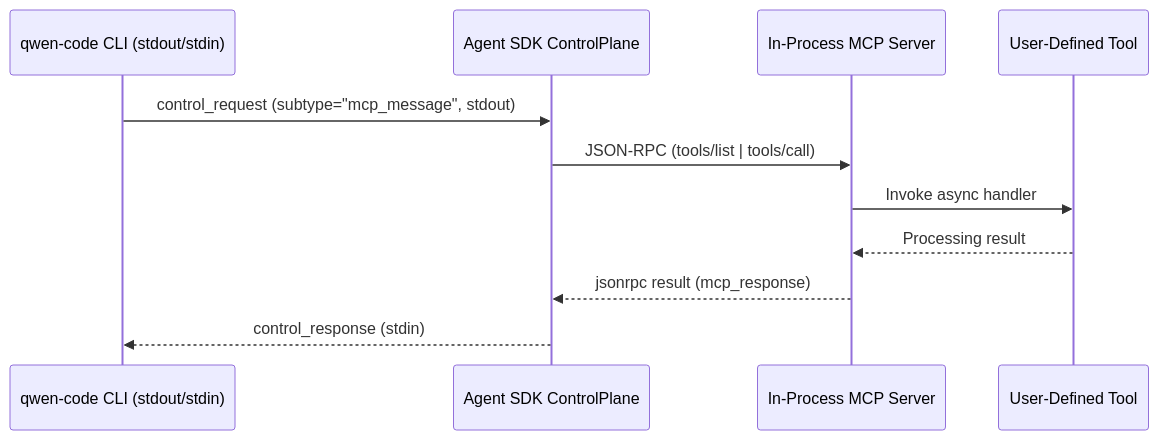
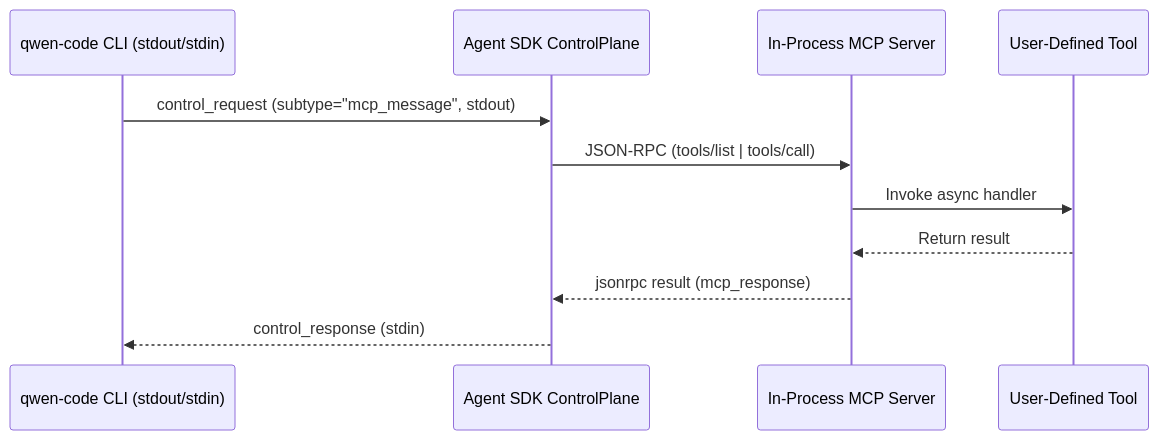
One commit to x22x22/qwen-code changed the second of 2 diagrams in docs/rfc/qwen-code-agent-framework-rfc_clear_en.md. Above: the diagram before and after it, drawn with Mermaid. The commit also changed other lines of this file, not shown here.

````diff
--- a/docs/rfc/qwen-code-agent-framework-rfc_clear_en.md
+++ b/docs/rfc/qwen-code-agent-framework-rfc_clear_en.md
@@ -186,14 +479,14 @@
 ```mermaid
 sequenceDiagram
     participant CLI as qwen-code CLI (stdout/stdin)
     participant Control as Agent SDK ControlPlane
     participant MCP as In-Process MCP Server
     participant Tool as User-Defined Tool
 
     CLI->>Control: control_request (subtype="mcp_message", stdout)
     Control->>MCP: JSON-RPC (tools/list | tools/call)
     MCP->>Tool: Invoke async handler
-    Tool-->>MCP: Processing result
+    Tool-->>MCP: Return result
     MCP-->>Control: jsonrpc result (mcp_response)
     Control-->>CLI: control_response (stdin)
 ```
````
